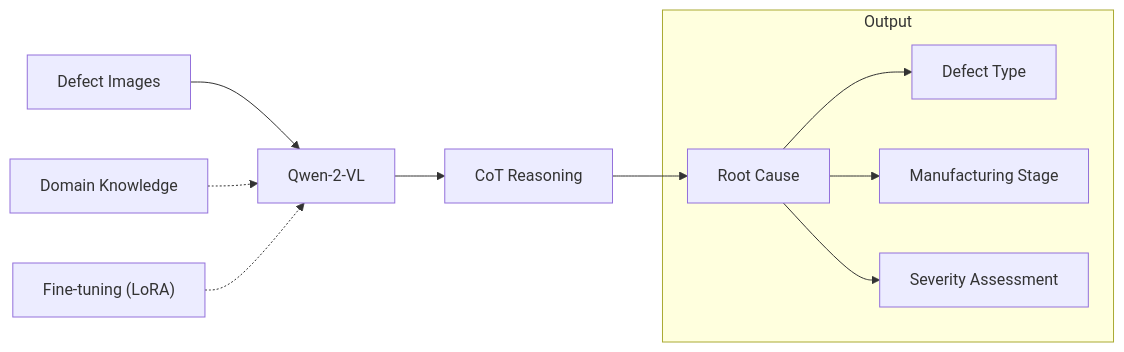
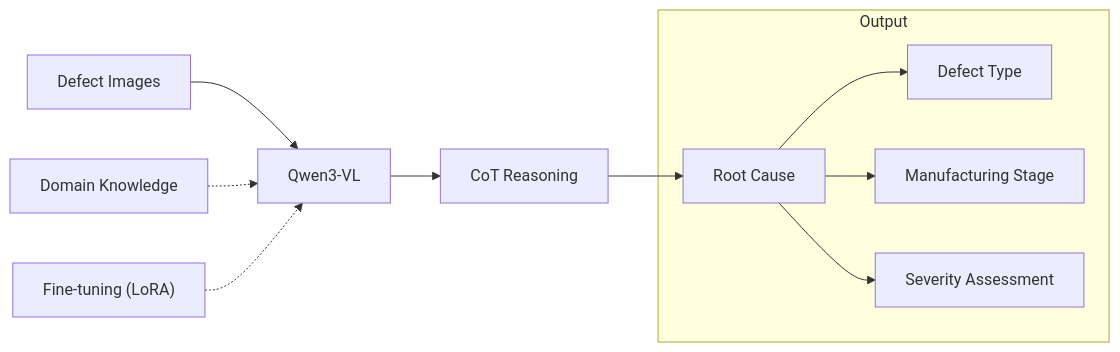
The first of 3 diagrams in PROJECT_PLAN.md (Shengan01/Visual-Chain-of-Thought), drawn with Mermaid before and after one commit. The commit also changed other lines of this file and 2 other files, not shown here.

Commit message:
Updatd to use Qwen3-VL

````diff
--- a/PROJECT_PLAN.md
+++ b/PROJECT_PLAN.md
@@ -11,15 +11,15 @@
 ```mermaid
 flowchart LR
-    A["Defect Images"] --> B["Qwen-2-VL"]
+    A["Defect Images"] --> B["Qwen3-VL"]
     B --> C["CoT Reasoning"]
     C --> D["Root Cause"]
     
     E["Domain Knowledge"] -.-> B
     F["Fine-tuning (LoRA)"] -.-> B
     
     subgraph Output
         D --> G["Defect Type"]
         D --> H["Manufacturing Stage"]
         D --> I["Severity Assessment"]
     end
 ```
````
